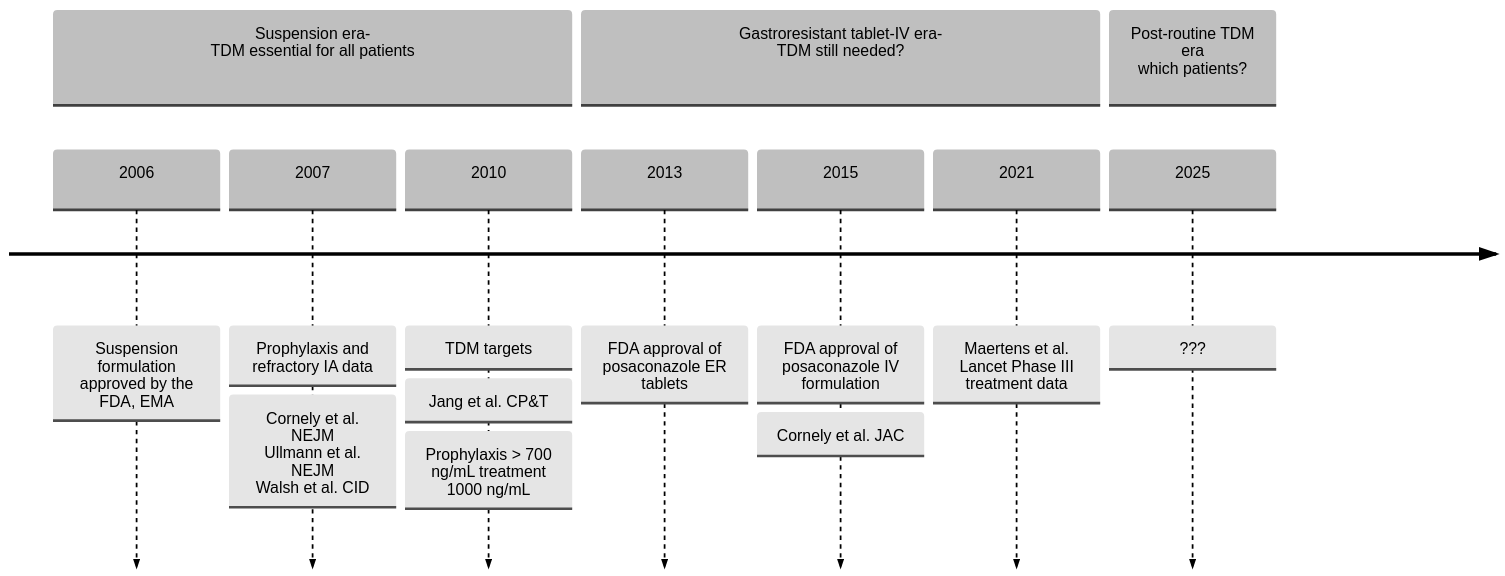
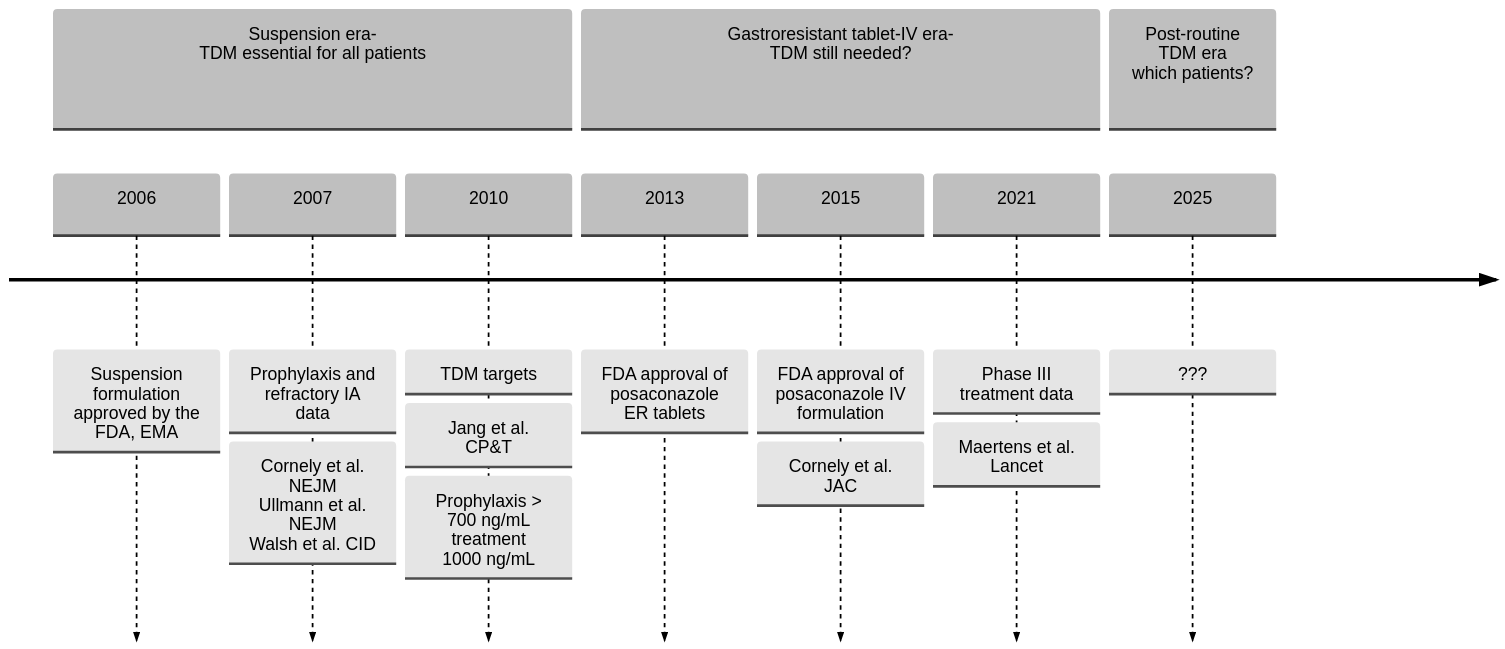
The diagram in Lecture1.qmd (Russlewisbo/EPAG), drawn with Mermaid before and after one commit. The commit also changed 2 other files, not shown here.

Commit message:
revision

````diff
--- a/Lecture1.qmd
+++ b/Lecture1.qmd
@@ -56,29 +56,29 @@
 ```{mermaid}
 %%{init: {
     'theme': 'base',
     'themeVariables': {
-      'fontSize': '18px',
+      'fontSize': '20px',
       'primaryColor': '#ffffff',
       'primaryTextColor': '#000000',
       'primaryBorderColor': '##ffffff',
       'lineColor': '#000000',
       'secondaryColor': '#ffffff',
       'tertiaryColor': '#ffffff'
     }
   }
 }%%
 
 
 timeline
 section Suspension era- <br>TDM essential for all patients
   2006: Suspension formulation approved by the FDA, EMA
   2007: Prophylaxis and refractory IA data: Cornely et al. NEJM <br> Ullmann et al. NEJM <br> Walsh et al. CID 
   2010: TDM targets: Jang et al. CP&T : Prophylaxis > 700 ng/mL treatment <br>  1000 ng/mL
 section Gastroresistant tablet-IV era- <br> TDM still needed?
   2013: FDA approval of posaconazole ER tablets 
   2015: FDA approval of posaconazole IV formulation: Cornely et al. JAC
-  2021: Maertens et al. Lancet Phase III treatment data
+  2021: Phase III treatment data : Maertens et al. Lancet 
 section Post-routine TDM era <br> which patients?
   2025: ???
   
 ```
````
